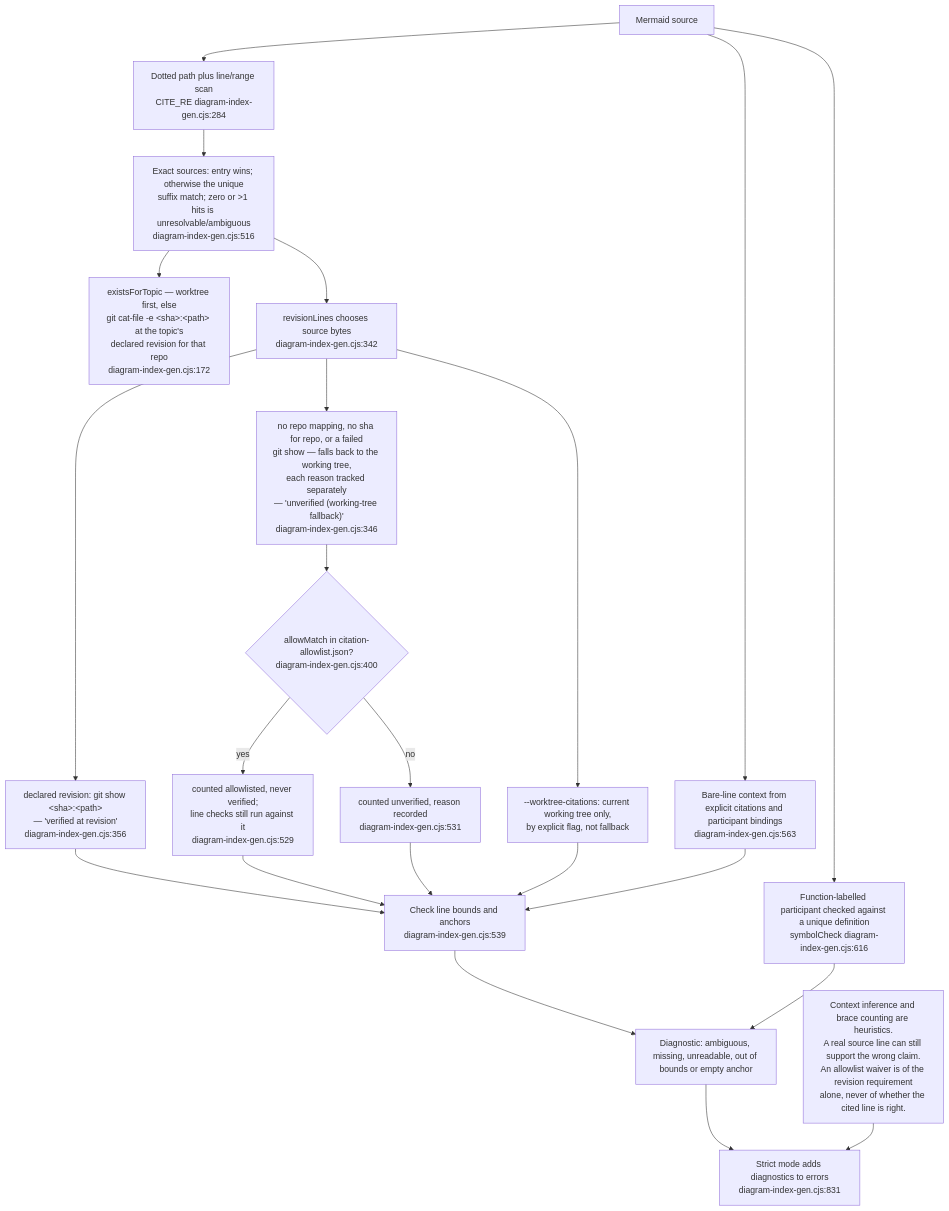
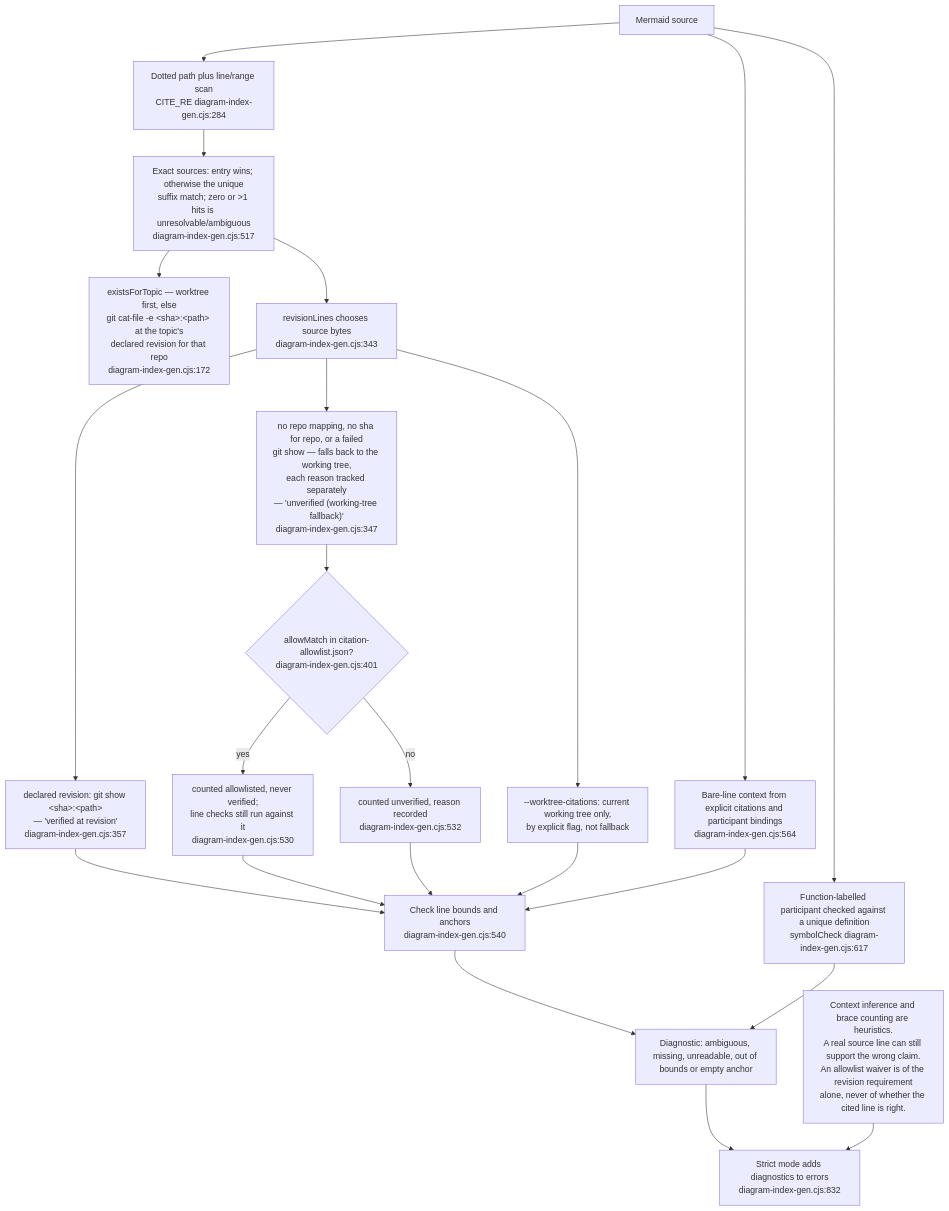
One commit to DreamLab-AI/VisionFlow changed the tenth of 14 diagrams in docs/diagrams/visionflow/06-diagram-tooling.md. Above: the diagram before and after it, drawn with Mermaid. The commit also changed other lines of this file and 94 other files, not shown here.

First line of the commit message:
docs(diagrams): re-verify 130 topics against 2 October HEADs

````diff
--- a/docs/diagrams/visionflow/06-diagram-tooling.md
+++ b/docs/diagrams/visionflow/06-diagram-tooling.md
@@ -329,24 +329,24 @@
 ```mermaid
 flowchart TB
     A["Mermaid source"] --> SCAN["Dotted path plus line/range scan<br/>CITE_RE diagram-index-gen.cjs:284"]
-    SCAN --> MATCH["Exact sources: entry wins; otherwise the unique<br/>suffix match; zero or >1 hits is unresolvable/ambiguous<br/>diagram-index-gen.cjs:516"]
+    SCAN --> MATCH["Exact sources: entry wins; otherwise the unique<br/>suffix match; zero or >1 hits is unresolvable/ambiguous<br/>diagram-index-gen.cjs:517"]
     MATCH --> EXIST["existsForTopic — worktree first, else<br/>git cat-file -e &lt;sha&gt;:&lt;path&gt; at the topic's<br/>declared revision for that repo<br/>diagram-index-gen.cjs:172"]
-    MATCH --> MODE["revisionLines chooses source bytes<br/>diagram-index-gen.cjs:342"]
-    MODE --> PIN["declared revision: git show &lt;sha&gt;:&lt;path&gt;<br/>— 'verified at revision'<br/>diagram-index-gen.cjs:356"]
-    MODE --> WT["no repo mapping, no sha for repo, or a failed<br/>git show — falls back to the working tree,<br/>each reason tracked separately<br/>— 'unverified (working-tree fallback)'<br/>diagram-index-gen.cjs:346"]
+    MATCH --> MODE["revisionLines chooses source bytes<br/>diagram-index-gen.cjs:343"]
+    MODE --> PIN["declared revision: git show &lt;sha&gt;:&lt;path&gt;<br/>— 'verified at revision'<br/>diagram-index-gen.cjs:357"]
+    MODE --> WT["no repo mapping, no sha for repo, or a failed<br/>git show — falls back to the working tree,<br/>each reason tracked separately<br/>— 'unverified (working-tree fallback)'<br/>diagram-index-gen.cjs:347"]
     MODE --> WTFLAG["--worktree-citations: current working tree only,<br/>by explicit flag, not fallback"]
-    PIN --> READ["Check line bounds and anchors<br/>diagram-index-gen.cjs:539"]
-    WT --> WAIVE{"allowMatch in citation-allowlist.json?<br/>diagram-index-gen.cjs:400"}
-    WAIVE -->|yes| ALLOWED["counted allowlisted, never verified;<br/>line checks still run against it<br/>diagram-index-gen.cjs:529"]
-    WAIVE -->|no| UNVER["counted unverified, reason recorded<br/>diagram-index-gen.cjs:531"]
+    PIN --> READ["Check line bounds and anchors<br/>diagram-index-gen.cjs:540"]
+    WT --> WAIVE{"allowMatch in citation-allowlist.json?<br/>diagram-index-gen.cjs:401"}
+    WAIVE -->|yes| ALLOWED["counted allowlisted, never verified;<br/>line checks still run against it<br/>diagram-index-gen.cjs:530"]
+    WAIVE -->|no| UNVER["counted unverified, reason recorded<br/>diagram-index-gen.cjs:532"]
     ALLOWED --> READ
     UNVER --> READ
     WTFLAG --> READ
-    A --> BARE["Bare-line context from explicit citations and participant bindings<br/>diagram-index-gen.cjs:563"]
+    A --> BARE["Bare-line context from explicit citations and participant bindings<br/>diagram-index-gen.cjs:564"]
     BARE --> READ
-    A --> SYMBOL["Function-labelled participant checked against a unique definition<br/>symbolCheck diagram-index-gen.cjs:616"]
+    A --> SYMBOL["Function-labelled participant checked against a unique definition<br/>symbolCheck diagram-index-gen.cjs:617"]
     READ --> DIAG["Diagnostic: ambiguous, missing, unreadable, out of bounds or empty anchor"]
     SYMBOL --> DIAG
-    DIAG --> EXIT["Strict mode adds diagnostics to errors<br/>diagram-index-gen.cjs:831"]
+    DIAG --> EXIT["Strict mode adds diagnostics to errors<br/>diagram-index-gen.cjs:832"]
     LIMIT["Context inference and brace counting are heuristics.<br/>A real source line can still support the wrong claim.<br/>An allowlist waiver is of the revision requirement<br/>alone, never of whether the cited line is right."] --> EXIT
 ```
````
